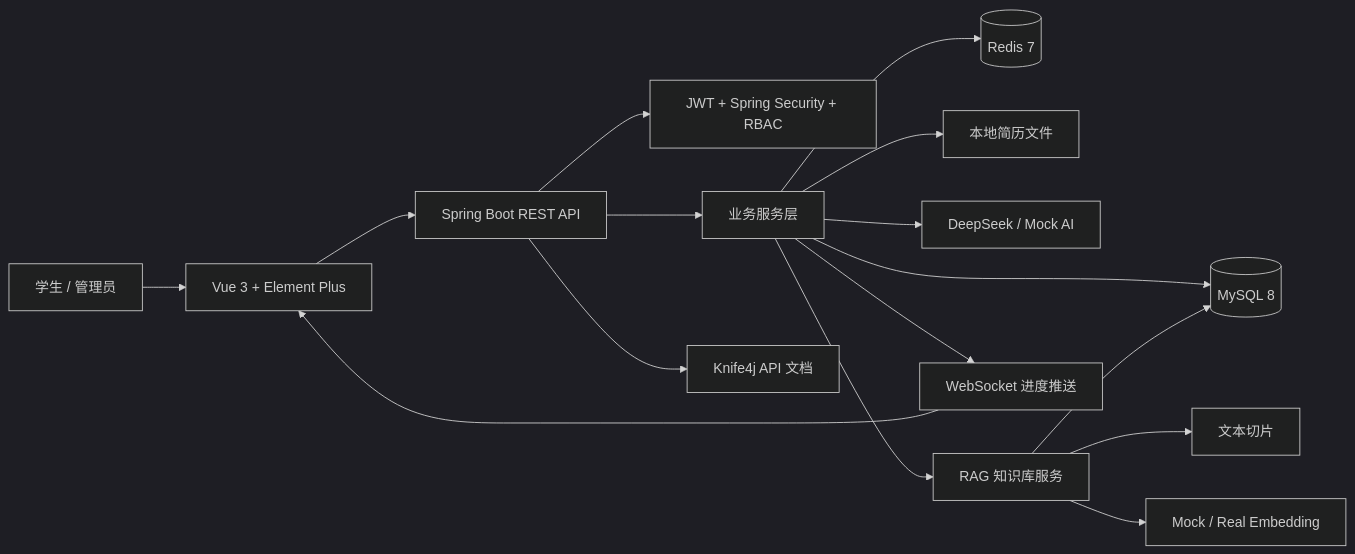
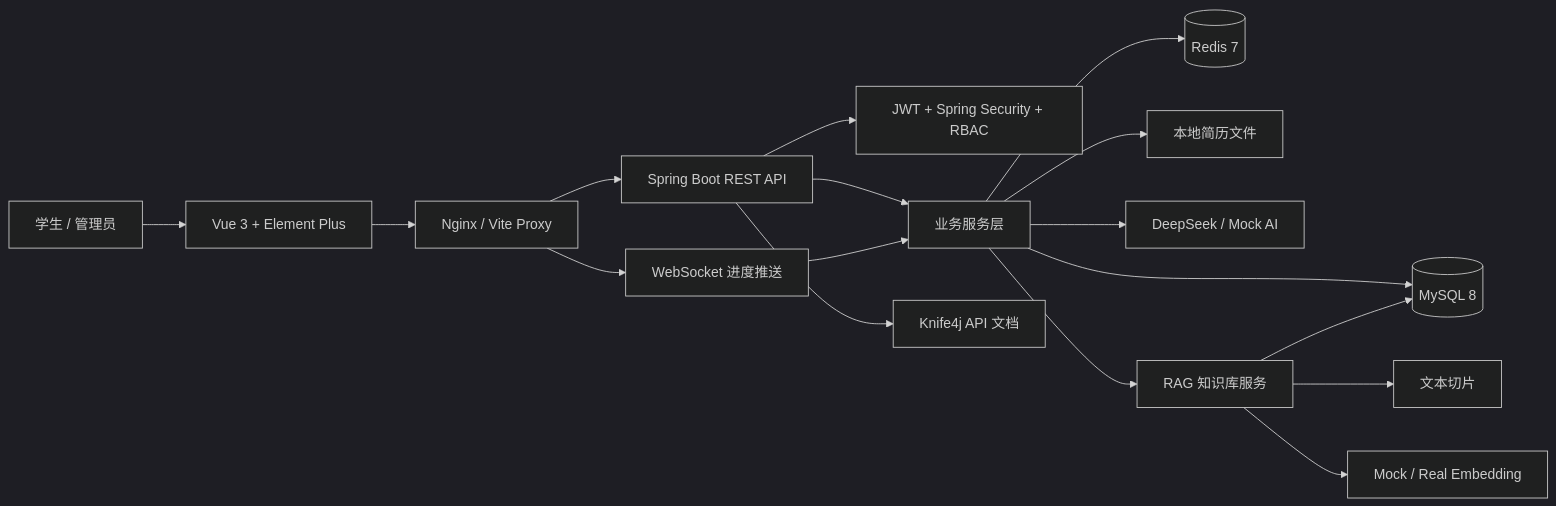
One commit to wan719/intern-pilot changed the first of 4 diagrams in README.md. Above: the diagram before and after it, drawn with Mermaid (dark theme). The commit also changed other lines of this file, not shown here.

````diff
--- a/README.md
+++ b/README.md
@@ -122,18 +131,19 @@
 ```mermaid
 flowchart LR
     User["学生 / 管理员"] --> Web["Vue 3 + Element Plus"]
-    Web --> Api["Spring Boot REST API"]
+    Web --> Nginx["Nginx / Vite Proxy"]
+    Nginx --> Api["Spring Boot REST API"]
+    Nginx --> WS["WebSocket 进度推送"]
     Api --> Security["JWT + Spring Security + RBAC"]
     Api --> Service["业务服务层"]
     Service --> MySQL[("MySQL 8")]
     Service --> Redis[("Redis 7")]
     Service --> FileStore["本地简历文件"]
     Service --> AI["DeepSeek / Mock AI"]
     Service --> RAG["RAG 知识库服务"]
     RAG --> Chunk["文本切片"]
     RAG --> Embedding["Mock / Real Embedding"]
     RAG --> MySQL
     Api --> Docs["Knife4j API 文档"]
-    Service --> WS["WebSocket 进度推送"]
-    WS --> Web
+    WS --> Service
 ```
````
